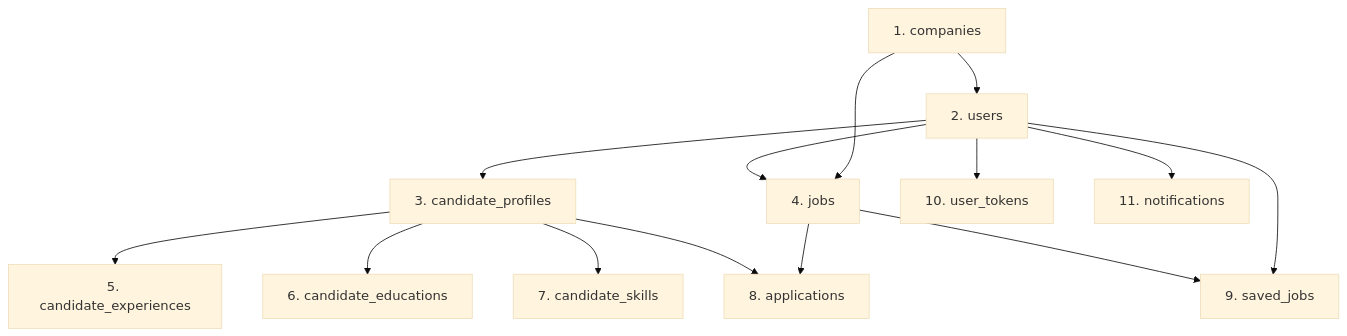
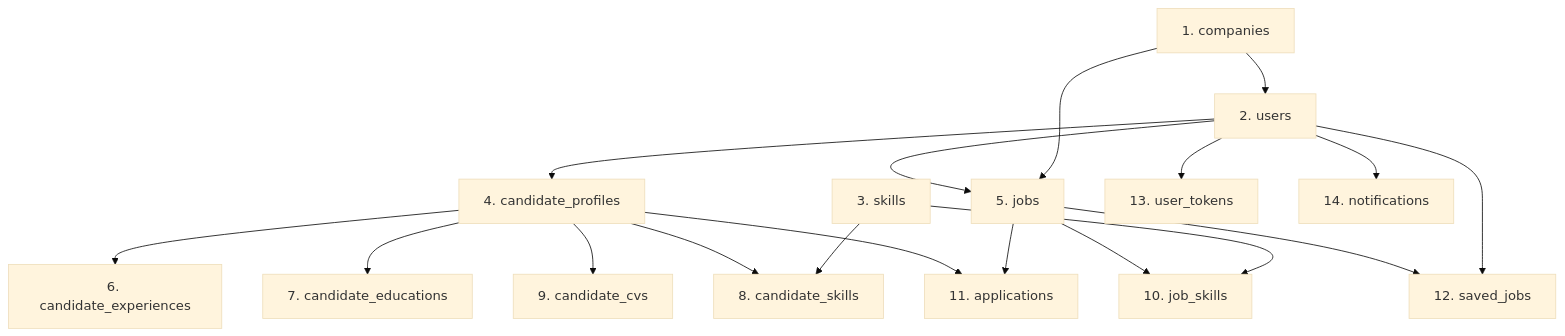
The second of 2 diagrams in docs/database/setup-steps.md (XTSoft2004/job-matching-wcag22), drawn with Mermaid (base theme) before and after one commit. The commit also changed other lines of this file and 123 other files, not shown here.

````diff
--- a/docs/database/setup-steps.md
+++ b/docs/database/setup-steps.md
@@ -26,23 +26,30 @@
 ```mermaid
 graph TD
     %% Tầng 0: Độc lập tuyệt đối
     C[1. companies] --> U[2. users]
+    S[3. skills]
     
-    %% Tầng 1: Phụ thuộc vào companies
-    U --> CP[3. candidate_profiles]
-    U --> J[4. jobs]
-    U --> UT[10. user_tokens]
-    U --> N[11. notifications]
+    %% Tầng 1: Phụ thuộc vào companies & users
+    U --> CP[4. candidate_profiles]
+    U --> J[5. jobs]
+    U --> UT[13. user_tokens]
+    U --> N[14. notifications]
     C --> J
 
     %% Tầng 2: Phụ thuộc vào candidate_profiles
-    CP --> CEX[5. candidate_experiences]
-    CP --> CED[6. candidate_educations]
-    CP --> CSK[7. candidate_skills]
+    CP --> CEX[6. candidate_experiences]
+    CP --> CED[7. candidate_educations]
+    CP --> CCV[9. candidate_cvs]
 
-    %% Tầng 3: Phụ thuộc vào users/jobs
-    CP --> A[8. applications]
+    %% Tầng 3: Phụ thuộc vào candidate_profiles & skills, jobs & skills
+    CP --> CSK[8. candidate_skills]
+    S --> CSK
+    J --> JSK[10. job_skills]
+    S --> JSK
+
+    %% Tầng 4: Phụ thuộc vào users/jobs
+    CP --> A[11. applications]
     J --> A
-    J --> SJ[9. saved_jobs]
+    J --> SJ[12. saved_jobs]
     U --> SJ
 ```
````
